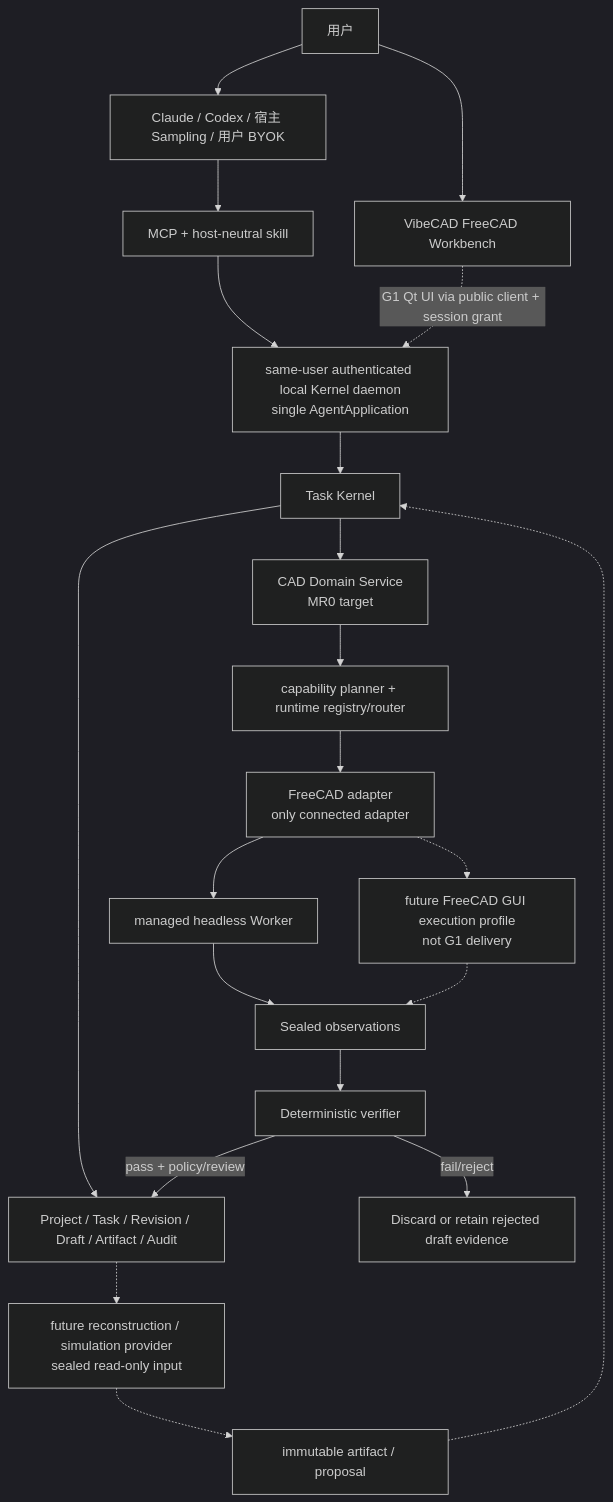
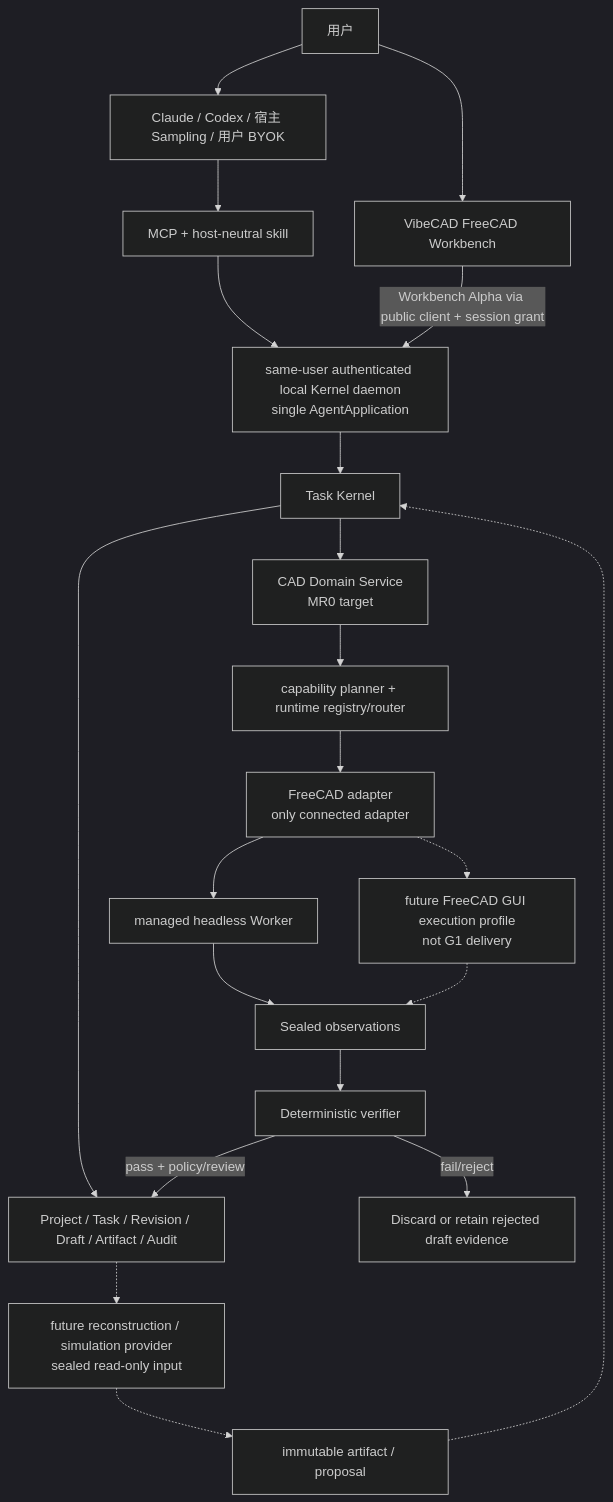
One commit to wangtao9090/VibeCAD changed the diagram in docs/PRODUCT_CAPABILITY_ROADMAP.md. Above: the diagram before and after it, drawn with Mermaid (dark theme). The commit also changed other lines of this file and 7 other files, not shown here.

Commit message:
docs(g1): align Workbench Alpha truth

````diff
--- a/docs/PRODUCT_CAPABILITY_ROADMAP.md
+++ b/docs/PRODUCT_CAPABILITY_ROADMAP.md
@@ -107,23 +109,23 @@
 ```mermaid
 flowchart TB
     U["用户"] --> H["Claude / Codex / 宿主 Sampling / 用户 BYOK"]
     U --> G["VibeCAD FreeCAD Workbench"]
     H --> M["MCP + host-neutral skill"]
     M --> A["same-user authenticated local Kernel daemon<br/>single AgentApplication"]
-    G -.->|"G1 Qt UI via public client + session grant"| A
+    G -->|"Workbench Alpha via public client + session grant"| A
     A --> K["Task Kernel"]
     K --> S["Project / Task / Revision / Draft / Artifact / Audit"]
     K --> D["CAD Domain Service<br/>MR0 target"]
     D --> C["capability planner + runtime registry/router"]
     C --> F["FreeCAD adapter<br/>only connected adapter"]
     F --> W["managed headless Worker"]
     F -.-> P["future FreeCAD GUI execution profile<br/>not G1 delivery"]
     W --> O["Sealed observations"]
     P -.-> O
     O --> VFY["Deterministic verifier"]
     VFY -->|"pass + policy/review"| S
     VFY -->|"fail/reject"| X["Discard or retain rejected draft evidence"]
     S -.-> V["future reconstruction / simulation provider<br/>sealed read-only input"]
     V -.-> Q["immutable artifact / proposal"]
     Q -.-> K
 ```
````
